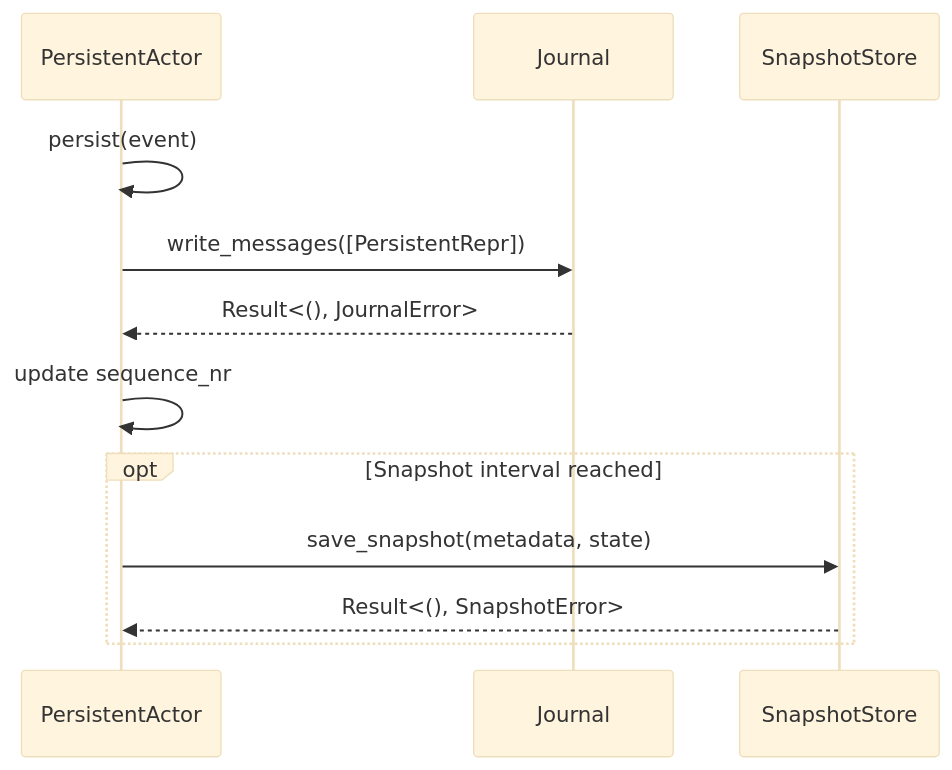
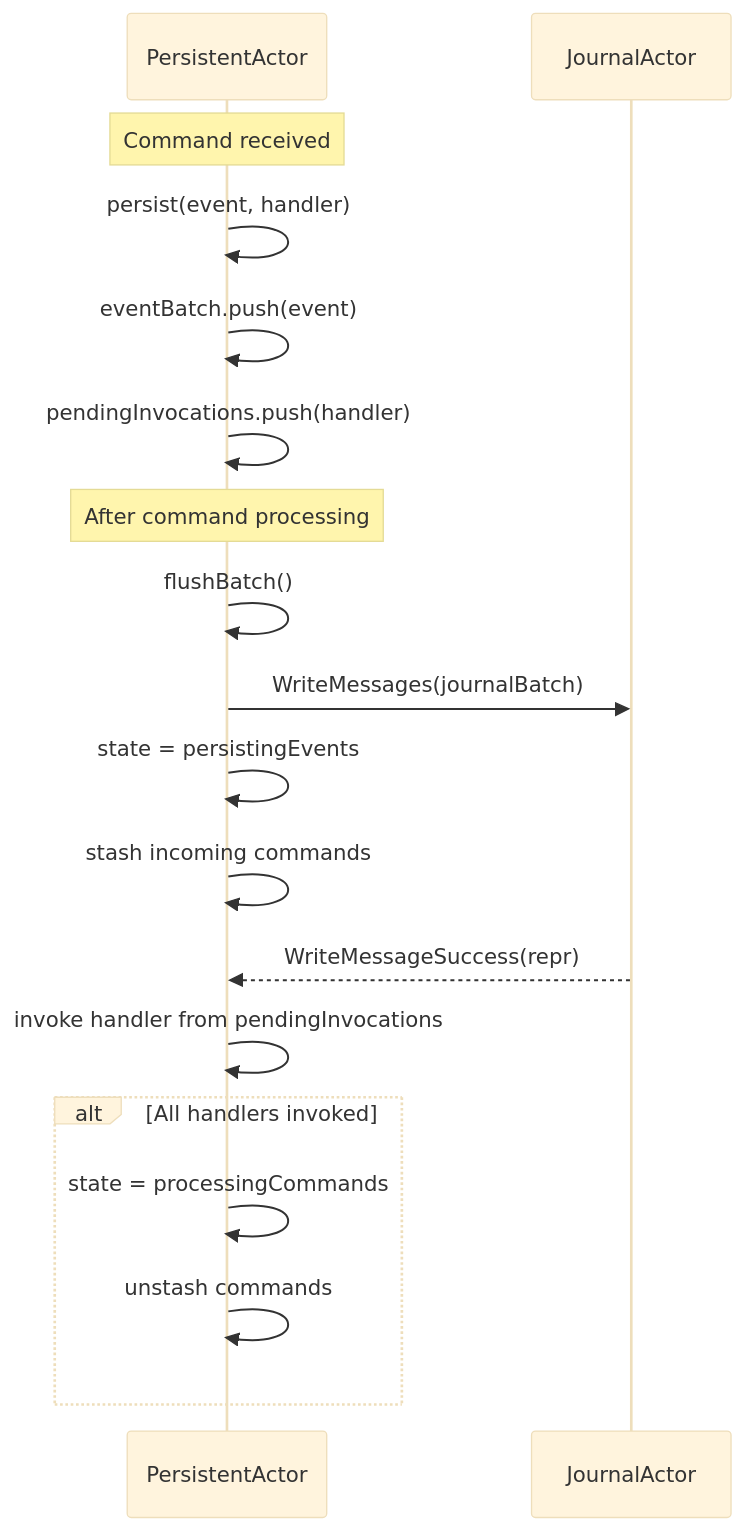
One commit to j5ik2o/fraktor-rs changed the third of 4 diagrams in .kiro/specs/untyped-persistence/design.md. Above: the diagram before and after it, drawn with Mermaid (base theme). The commit also changed other lines of this file and 68 other files, not shown here.

````diff
--- a/.kiro/specs/untyped-persistence/design.md
+++ b/.kiro/specs/untyped-persistence/design.md
@@ -129,16 +160,24 @@
 ```mermaid
 sequenceDiagram
     participant PA as PersistentActor
-    participant J as Journal
-    participant SS as SnapshotStore
+    participant JA as JournalActor
 
-    PA->>PA: persist(event)
-    PA->>J: write_messages([PersistentRepr])
-    J-->>PA: Result<(), JournalError>
-    PA->>PA: update sequence_nr
+    Note over PA: Command received
+    PA->>PA: persist(event, handler)
+    PA->>PA: eventBatch.push(event)
+    PA->>PA: pendingInvocations.push(handler)
 
-    opt Snapshot interval reached
-        PA->>SS: save_snapshot(metadata, state)
-        SS-->>PA: Result<(), SnapshotError>
+    Note over PA: After command processing
+    PA->>PA: flushBatch()
+    PA->>JA: WriteMessages(journalBatch)
+    PA->>PA: state = persistingEvents
+    PA->>PA: stash incoming commands
+
+    JA-->>PA: WriteMessageSuccess(repr)
+    PA->>PA: invoke handler from pendingInvocations
+
+    alt All handlers invoked
+        PA->>PA: state = processingCommands
+        PA->>PA: unstash commands
     end
 ```
````
